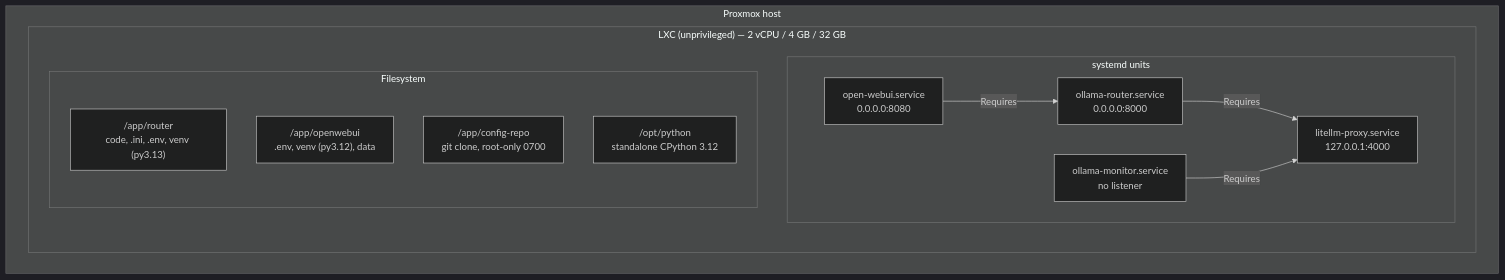
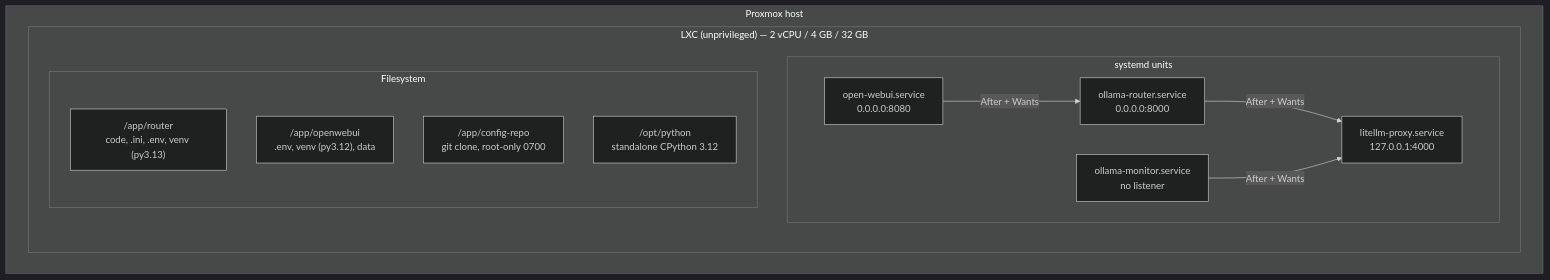
Before and after one commit to wwarren/osr: the second of 5 diagrams in ARCHITECTURE.md, drawn with Mermaid (dark theme). The commit also changed other lines of this file and 2 other files, not shown here.

````diff
--- a/ARCHITECTURE.md
+++ b/ARCHITECTURE.md
@@ -94,24 +94,24 @@
 ```mermaid
 flowchart TB
     subgraph host["Proxmox host"]
         subgraph ctr["LXC (unprivileged) — 2 vCPU / 4 GB / 32 GB"]
             direction TB
             subgraph units["systemd units"]
                 A["open-webui.service<br/>0.0.0.0:8080"]
                 B["ollama-router.service<br/>0.0.0.0:8000"]
                 C["litellm-proxy.service<br/>127.0.0.1:4000"]
                 D["ollama-monitor.service<br/>no listener"]
             end
             subgraph fs["Filesystem"]
                 E["/app/router<br/>code, .ini, .env, venv (py3.13)"]
                 F["/app/openwebui<br/>.env, venv (py3.12), data"]
                 G["/app/config-repo<br/>git clone, root-only 0700"]
                 H["/opt/python<br/>standalone CPython 3.12"]
             end
         end
     end
 
-    A -->|Requires| B
-    B -->|Requires| C
-    D -->|Requires| C
+    A -->|"After + Wants"| B
+    B -->|"After + Wants"| C
+    D -->|"After + Wants"| C
 ```
````
